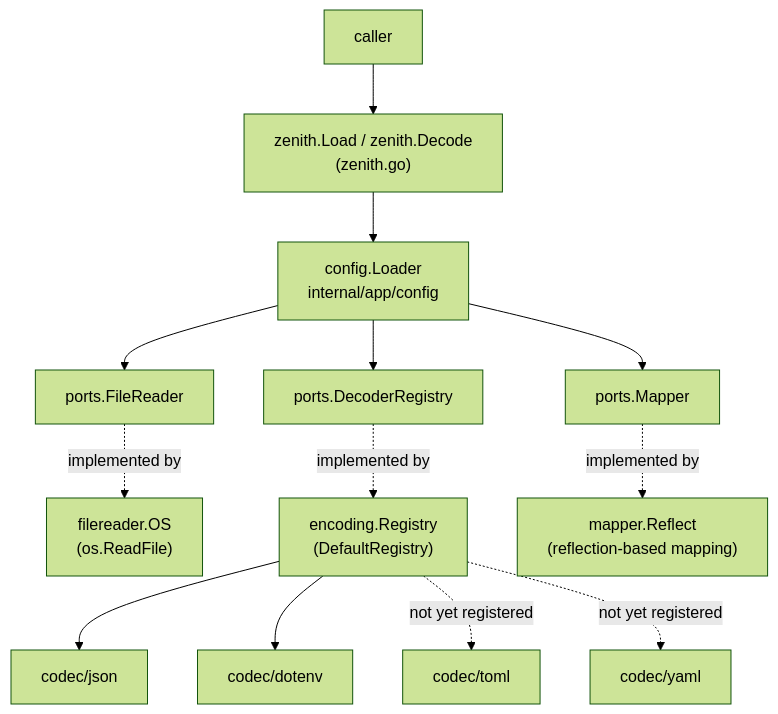
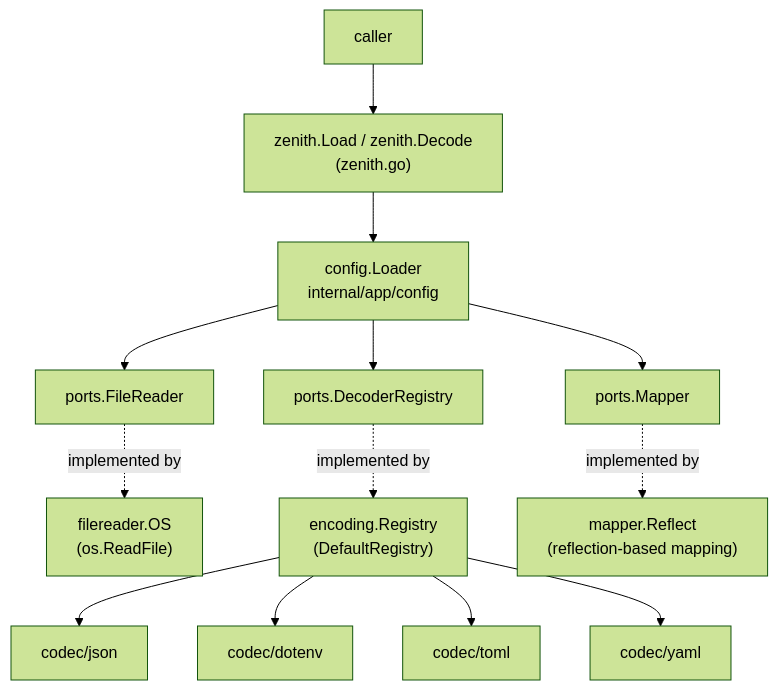
Before and after one commit to maneeshaindrachapa/zenith: the first of 3 diagrams in README.md, drawn with Mermaid (forest theme). The commit also changed other lines of this file and 7 other files, not shown here.

First line of the commit message:
feat(zg-0008): Add support for YAML and TOML formats in configuration loader

````diff
--- a/README.md
+++ b/README.md
@@ -152,23 +155,23 @@
 ```mermaid
 flowchart TD
     Caller["caller"]
     API["zenith.Load / zenith.Decode\n(zenith.go)"]
     Loader["config.Loader\ninternal/app/config"]
     FR["ports.FileReader"]
     DR["ports.DecoderRegistry"]
     MP["ports.Mapper"]
 
     Caller --> API --> Loader
     Loader --> FR
     Loader --> DR
     Loader --> MP
 
     FR -.implemented by.-> FROS["filereader.OS\n(os.ReadFile)"]
     DR -.implemented by.-> ENC["encoding.Registry\n(DefaultRegistry)"]
     MP -.implemented by.-> MAP["mapper.Reflect\n(reflection-based mapping)"]
 
     ENC --> JSONC["codec/json"]
     ENC --> ENVC["codec/dotenv"]
-    ENC -.not yet registered.-> TOMLC["codec/toml"]
-    ENC -.not yet registered.-> YAMLC["codec/yaml"]
+    ENC --> TOMLC["codec/toml"]
+    ENC --> YAMLC["codec/yaml"]
 ```
````
